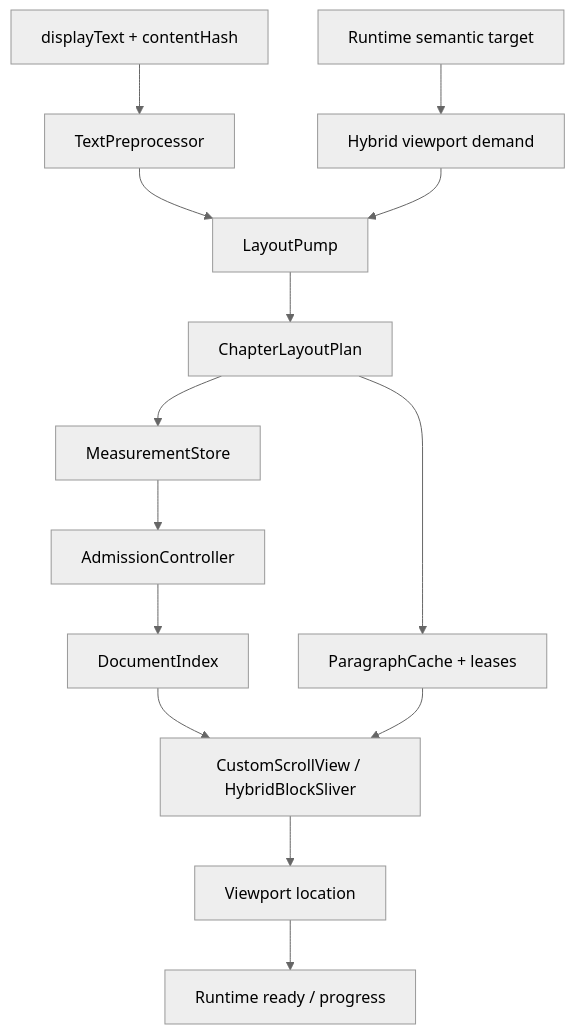
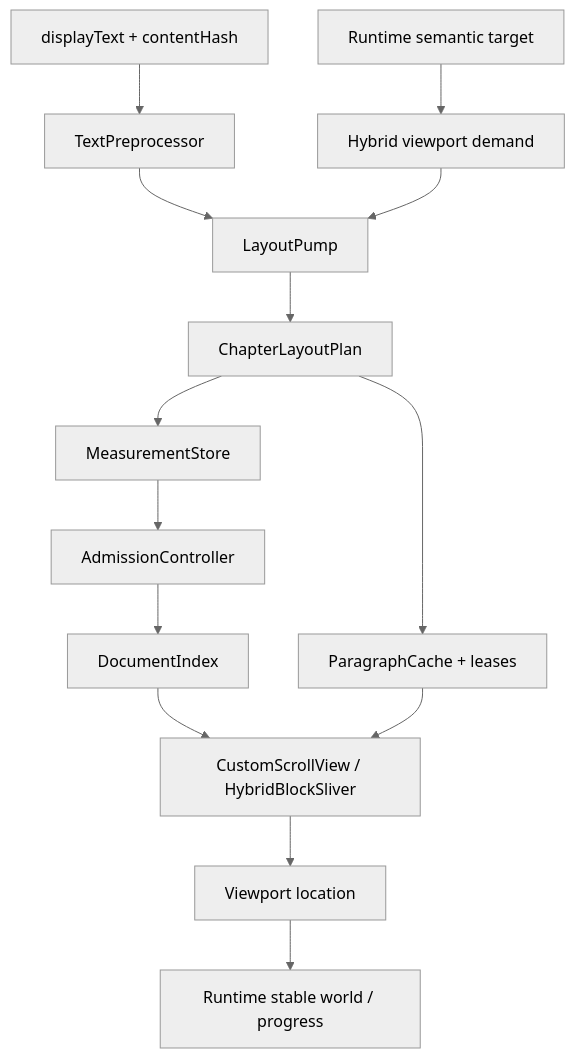
One commit to bennytsai1234/Night-Reader changed the diagram in docs/night_reader/reader.md. Above: the diagram before and after it, drawn with Mermaid (neutral theme). The commit also changed other lines of this file, not shown here.

````diff
--- a/docs/night_reader/reader.md
+++ b/docs/night_reader/reader.md
@@ -21,16 +22,16 @@
 ```mermaid
 flowchart TD
     Command[Runtime semantic target] --> Demand[Hybrid viewport demand]
     Content[displayText + contentHash] --> Pre[TextPreprocessor]
     Pre --> Pump[LayoutPump]
     Demand --> Pump
     Pump --> Plan[ChapterLayoutPlan]
     Plan --> Metrics[MeasurementStore]
     Plan --> Paragraphs[ParagraphCache + leases]
     Metrics --> Admission[AdmissionController]
     Admission --> Index[DocumentIndex]
     Index --> Sliver[CustomScrollView / HybridBlockSliver]
     Paragraphs --> Sliver
     Sliver --> Capture[Viewport location]
-    Capture --> Runtime[Runtime ready / progress]
+    Capture --> Runtime[Runtime stable world / progress]
 ```
````
